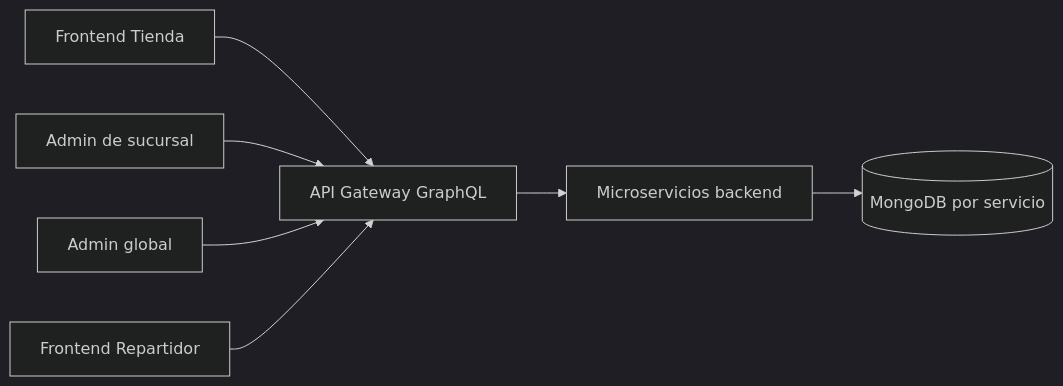
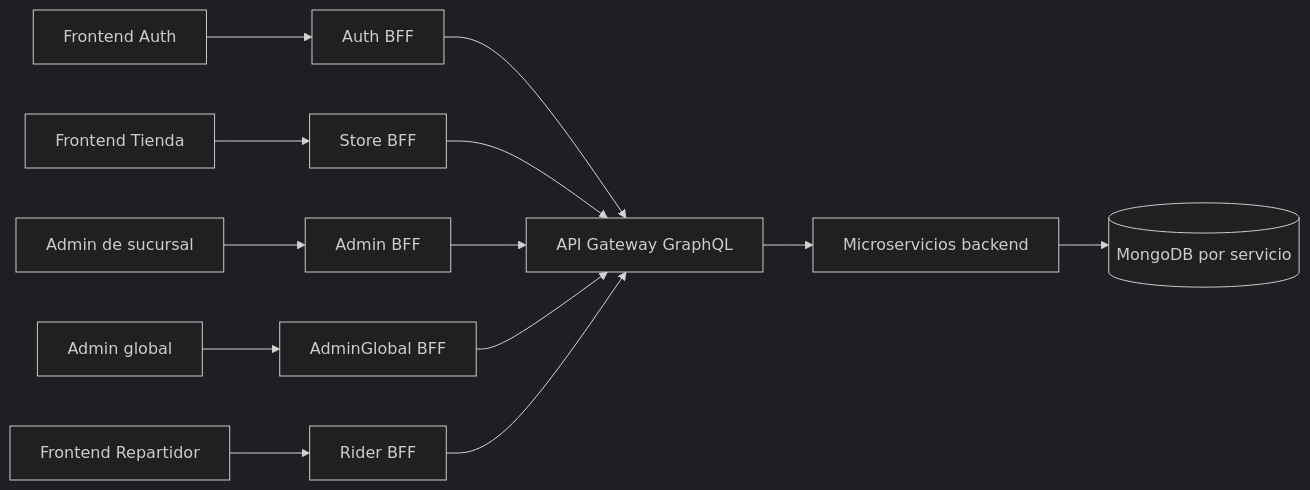
The first of 5 diagrams in client/docs/requerimientos-funcionales.md (thomasbarenghi/desa-apps-prueba), drawn with Mermaid (dark theme) before and after one commit. The commit also changed other lines of this file and 2 other files, not shown here.

Commit message:
docs: update functional and backend requirements to reflect BFF architecture
- Update `client/docs/requerimientos-funcionales.md` to specify BFF-based architecture for frontend applications (Auth, Store, Admin, etc.).
- Revise data flow diagrams and GraphQL query/mutation examples to include BFF orchestration.
- Modify `plan/api/requerimientos-backend.md` to define BFFs as orchestrators for frontend-specific use cases, positioned between frontends and the API Gateway.
- Expand architectural documentation in `plan/backend-microservicios-propuesta.md` to detail BFF responsibilities, cross-use-case orchestration, and deployment structure.
- Add updated communication flow diagrams and elaborate on MongoDB-independent, stateless nature of BFFs.

````diff
--- a/client/docs/requerimientos-funcionales.md
+++ b/client/docs/requerimientos-funcionales.md
@@ -54,9 +54,17 @@
 ```mermaid
 flowchart LR
-    STORE[Frontend Tienda] --> GW[API Gateway GraphQL]
-    ADMIN[Admin de sucursal] --> GW
-    GLOBAL[Admin global] --> GW
-    RIDER[Frontend Repartidor] --> GW
+    AUTH[Frontend Auth] --> ABFF[Auth BFF]
+    STORE[Frontend Tienda] --> SBFF[Store BFF]
+    ADMIN[Admin de sucursal] --> ABF[Admin BFF]
+    GLOBAL[Admin global] --> GABF[AdminGlobal BFF]
+    RIDER[Frontend Repartidor] --> RBFF[Rider BFF]
+
+    ABFF --> GW[API Gateway GraphQL]
+    SBFF --> GW
+    ABF --> GW
+    GABF --> GW
+    RBFF --> GW
+
     GW --> SVC[Microservicios backend]
     SVC --> DB[(MongoDB por servicio)]
 ```
````
